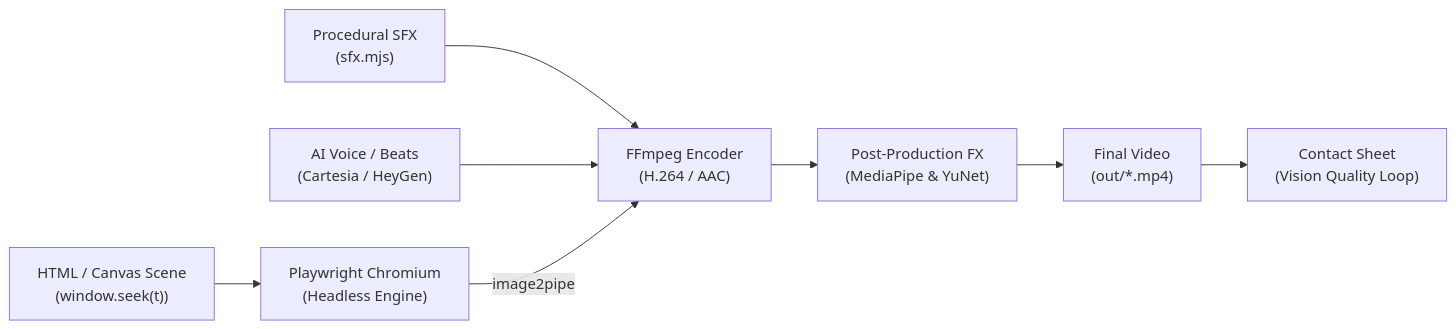
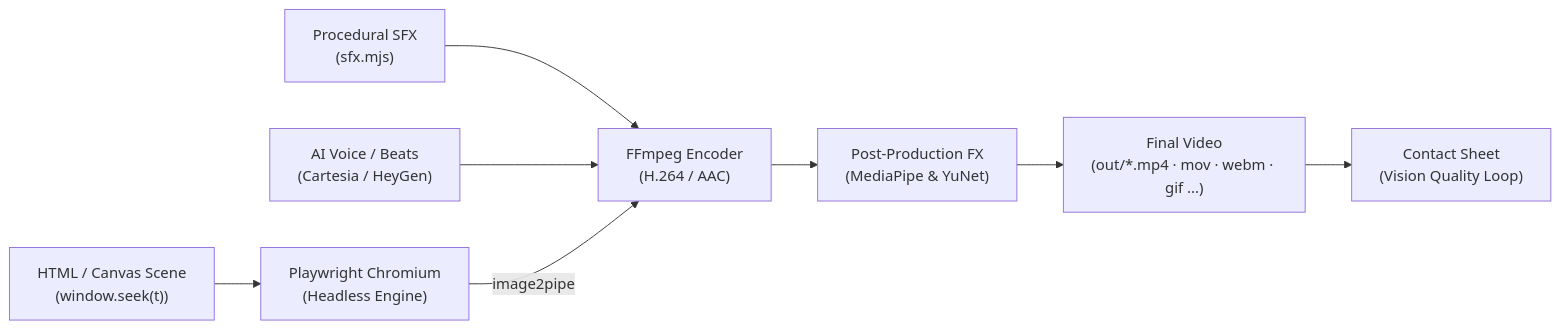
Before and after one commit to inyogeshwar/antigravity-motion-graphics: the second of 2 diagrams in README.md, drawn with Mermaid. The commit also changed other lines of this file and 75 other files, not shown here.

````diff
--- a/README.md
+++ b/README.md
@@ -80,10 +82,10 @@
 ```mermaid
 flowchart LR
     A["HTML / Canvas Scene<br>(window.seek(t))"] --> B["Playwright Chromium<br>(Headless Engine)"]
     C["Procedural SFX<br>(sfx.mjs)"] --> D["FFmpeg Encoder<br>(H.264 / AAC)"]
     E["AI Voice / Beats<br>(Cartesia / HeyGen)"] --> D
     B -->|"image2pipe"| D
     D --> F["Post-Production FX<br>(MediaPipe & YuNet)"]
-    F --> G["Final Video<br>(out/*.mp4)"]
+    F --> G["Final Video<br>(out/*.mp4 · mov · webm · gif ...)"]
     G --> H["Contact Sheet<br>(Vision Quality Loop)"]
 ```
````
